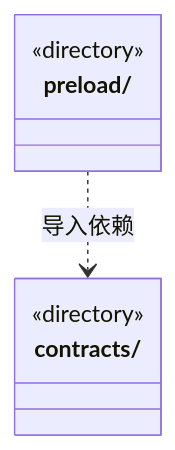
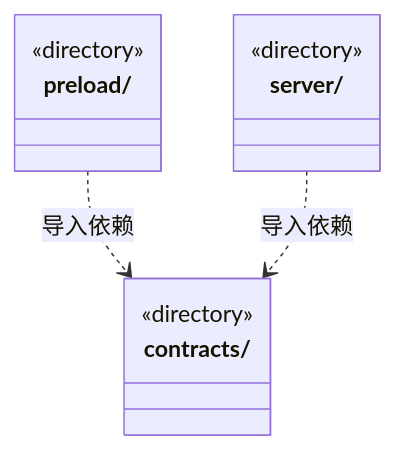
One commit to nan023062/cbim changed the diagram in src/bridge/ARCHITECTURE.md. Above: the diagram before and after it, drawn with Mermaid. The commit also changed other lines of this file and 657 other files, not shown here.

````diff
--- a/src/bridge/ARCHITECTURE.md
+++ b/src/bridge/ARCHITECTURE.md
@@ -15,10 +15,14 @@
 ```mermaid
 classDiagram
 class N_src_bridge_contracts["contracts/"] {
   <<directory>>
 }
 class N_src_bridge_preload["preload/"] {
   <<directory>>
 }
+class N_src_bridge_server["server/"] {
+  <<directory>>
+}
 N_src_bridge_preload ..> N_src_bridge_contracts : 导入依赖
+N_src_bridge_server ..> N_src_bridge_contracts : 导入依赖
 ```
````
